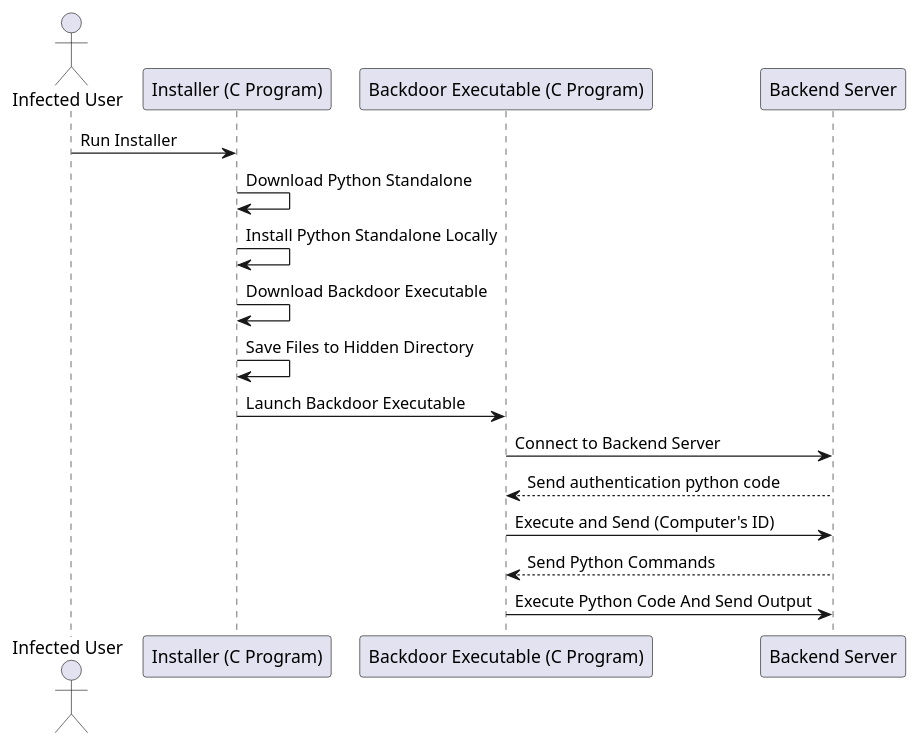
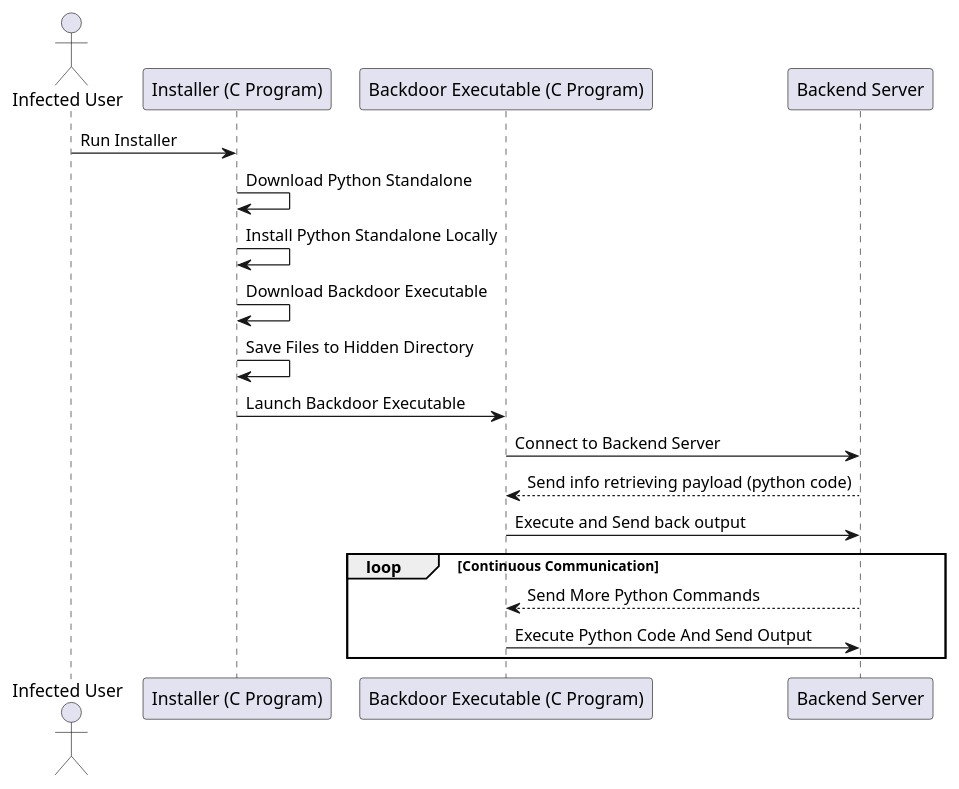
One commit to Mikycid/Virologie changed the diagram in documentation/schemas/global.puml. Above: the diagram before and after it, drawn with PlantUML. The commit also changed 27 other files, not shown here.

```diff
--- a/documentation/schemas/global.puml
+++ b/documentation/schemas/global.puml
@@ -1,20 +1,24 @@
 @startuml
 actor "Infected User" as U
 
 participant "Installer (C Program)" as Installer
 participant "Backdoor Executable (C Program)" as Backdoor
 participant "Backend Server" as Backend
 
 U -> Installer: Run Installer
 Installer -> Installer: Download Python Standalone
 Installer -> Installer: Install Python Standalone Locally
 Installer -> Installer: Download Backdoor Executable
 Installer -> Installer: Save Files to Hidden Directory
 Installer -> Backdoor: Launch Backdoor Executable
 
 Backdoor -> Backend: Connect to Backend Server
-Backend --> Backdoor: Send authentication python code 
-Backdoor -> Backend: Execute and Send (Computer's ID)
-Backend --> Backdoor: Send Python Commands
-Backdoor -> Backend: Execute Python Code And Send Output
+Backend --> Backdoor: Send info retrieving payload (python code)
+Backdoor -> Backend: Execute and Send back output
+
+loop Continuous Communication
+    Backend --> Backdoor: Send More Python Commands
+    Backdoor -> Backend: Execute Python Code And Send Output
+end
+
 @enduml
```
